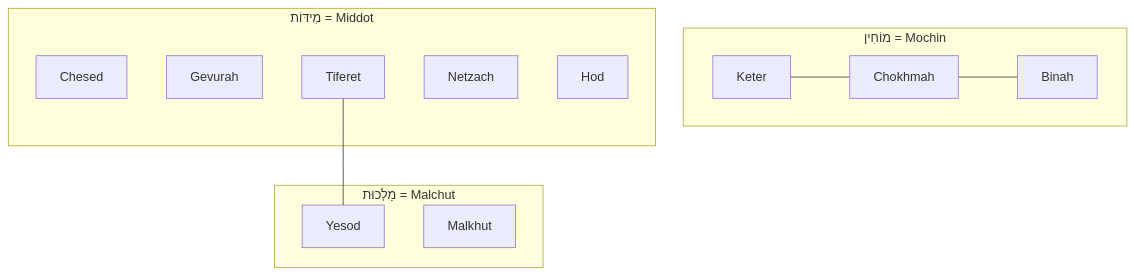
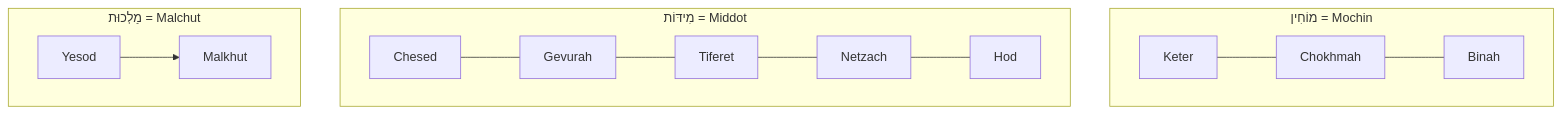
Before and after one commit to josefsbreakfast/Polaris-Protocol: the second of 2 diagrams in Polaris_Nest/Git_Intake_Drawer/🍷_Always_Spiritually_In_Jerusalem/🌳_three_overaching_clusters.md, drawn with Mermaid.

````diff
--- a/Polaris_Nest/Git_Intake_Drawer/🍷_Always_Spiritually_In_Jerusalem/🌳_three_overaching_clusters.md
+++ b/Polaris_Nest/Git_Intake_Drawer/🍷_Always_Spiritually_In_Jerusalem/🌳_three_overaching_clusters.md
@@ -27,27 +27,33 @@
 ```mermaid
   graph TB
 
     subgraph one[מוֹחִין = Mochin]
         a1[Keter]
         a2[Chokhmah]
         a3[Binah]
     end
 
     subgraph two[מִידּוֹת = Middot]
         b1[Chesed]
         b2[Gevurah]
         b3[Tiferet]
         b4[Netzach]
         b5[Hod]
     end
 
     subgraph three[מַלְכוּת = Malchut]
         c1[Yesod]
         c2[Malkhut]
     end
 
     a1 --- a2
     a2 --- a3
-    b3 --- c1
+
+    b1 --- b2
+    b2 --- b3
+    b3 --- b4
+    b4 --- b5
+
+    c1 --> c2
 
   ```
````
